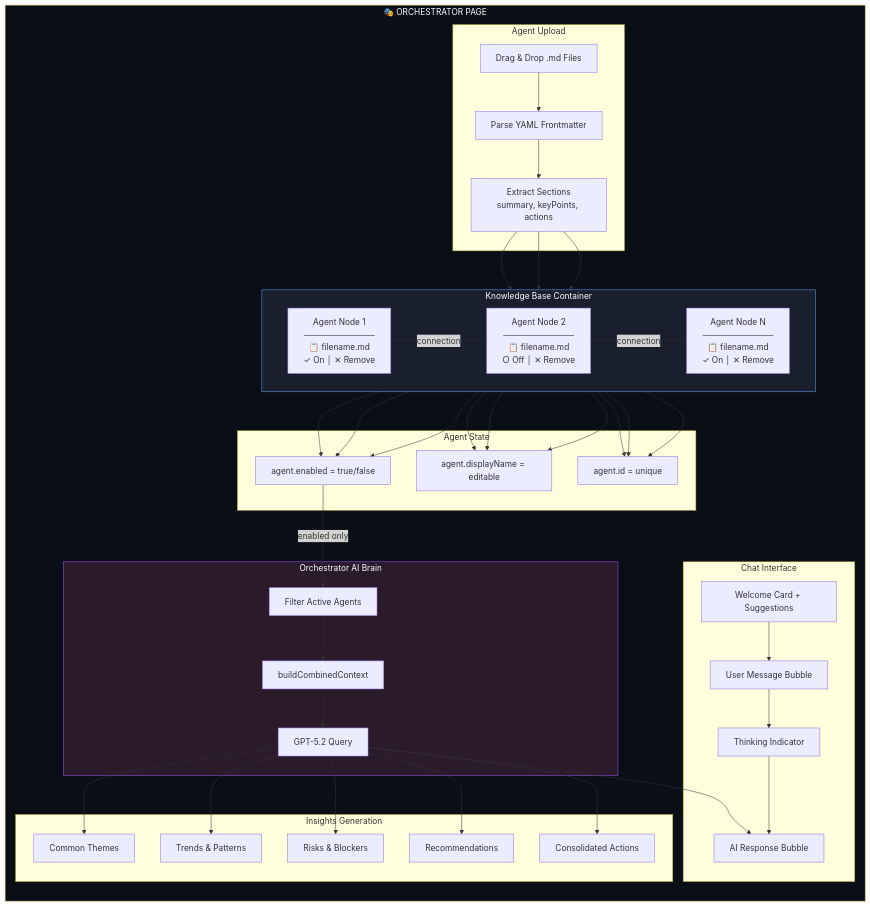
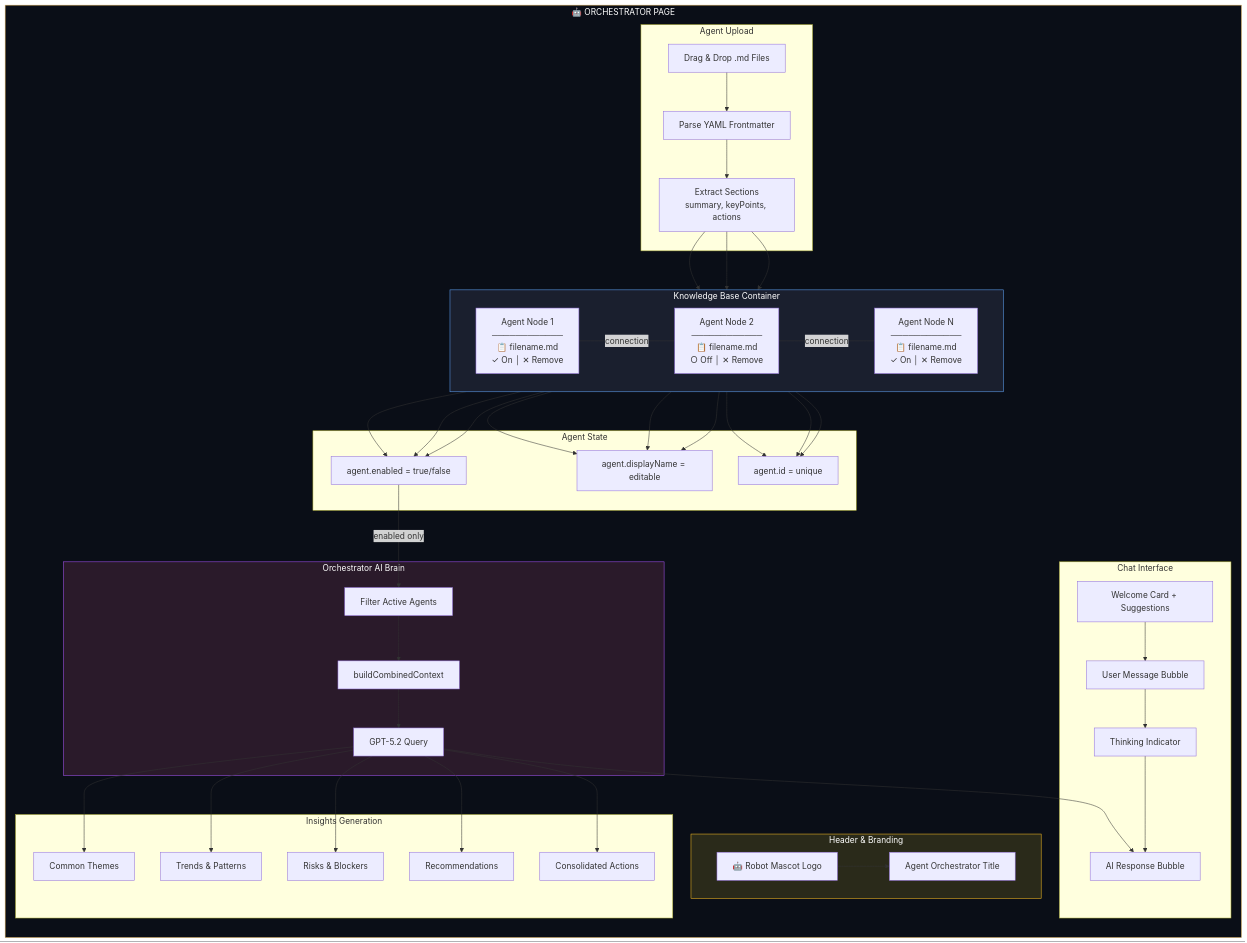
The second of 3 diagrams in CLAUDE.md (mjamiv/vox2txt), drawn with Mermaid before and after one commit. The commit also changed other lines of this file and 3 other files, not shown here.

````diff
--- a/CLAUDE.md
+++ b/CLAUDE.md
@@ -115,65 +118,72 @@
 ```mermaid
 flowchart TB
-    subgraph OrchestratorPage["🎭 ORCHESTRATOR PAGE"]
+    subgraph OrchestratorPage["🤖 ORCHESTRATOR PAGE"]
         direction TB
         
+        subgraph Header["Header & Branding"]
+            H1[🤖 Robot Mascot Logo]
+            H2[Agent Orchestrator Title]
+        end
+
         subgraph AgentUpload["Agent Upload"]
             AU1[Drag & Drop .md Files]
             AU2[Parse YAML Frontmatter]
             AU3[Extract Sections<br/>summary, keyPoints, actions]
         end
 
         subgraph KnowledgeBase["Knowledge Base Container"]
             direction LR
             KB1["Agent Node 1<br/>────────────<br/>📋 filename.md<br/>✓ On │ ✕ Remove"]
             KB2["Agent Node 2<br/>────────────<br/>📋 filename.md<br/>○ Off │ ✕ Remove"]
             KB3["Agent Node N<br/>────────────<br/>📋 filename.md<br/>✓ On │ ✕ Remove"]
             
             KB1 ---|connection| KB2
             KB2 ---|connection| KB3
         end
 
         subgraph AgentState["Agent State"]
             AS1["agent.enabled = true/false"]
             AS2["agent.displayName = editable"]
             AS3["agent.id = unique"]
         end
 
         subgraph OrchestratorBrain["Orchestrator AI Brain"]
             OB1[Filter Active Agents]
             OB2[buildCombinedContext]
             OB3[GPT-5.2 Query]
         end
 
         subgraph ChatInterface["Chat Interface"]
             CI1[Welcome Card + Suggestions]
             CI2[User Message Bubble]
             CI3[Thinking Indicator]
             CI4[AI Response Bubble]
         end
 
         subgraph InsightsGen["Insights Generation"]
             IG1[Common Themes]
             IG2[Trends & Patterns]
             IG3[Risks & Blockers]
             IG4[Recommendations]
             IG5[Consolidated Actions]
         end
     end
 
+    H1 --> H2
     AU1 --> AU2 --> AU3
     AU3 --> KB1 & KB2 & KB3
     KB1 & KB2 & KB3 --> AS1 & AS2 & AS3
     
     AS1 -->|enabled only| OB1
     OB1 --> OB2 --> OB3
     
     OB3 --> CI4
     CI1 --> CI2 --> CI3 --> CI4
     
     OB3 --> IG1 & IG2 & IG3 & IG4 & IG5
 
     style OrchestratorPage fill:#0a0e17,stroke:#d4a853,color:#fff
+    style Header fill:#2a2a1a,stroke:#fbbf24,color:#fff
     style KnowledgeBase fill:#1a1f2e,stroke:#60a5fa,color:#fff
     style OrchestratorBrain fill:#2a1a2a,stroke:#a855f7,color:#fff
 ```
````
